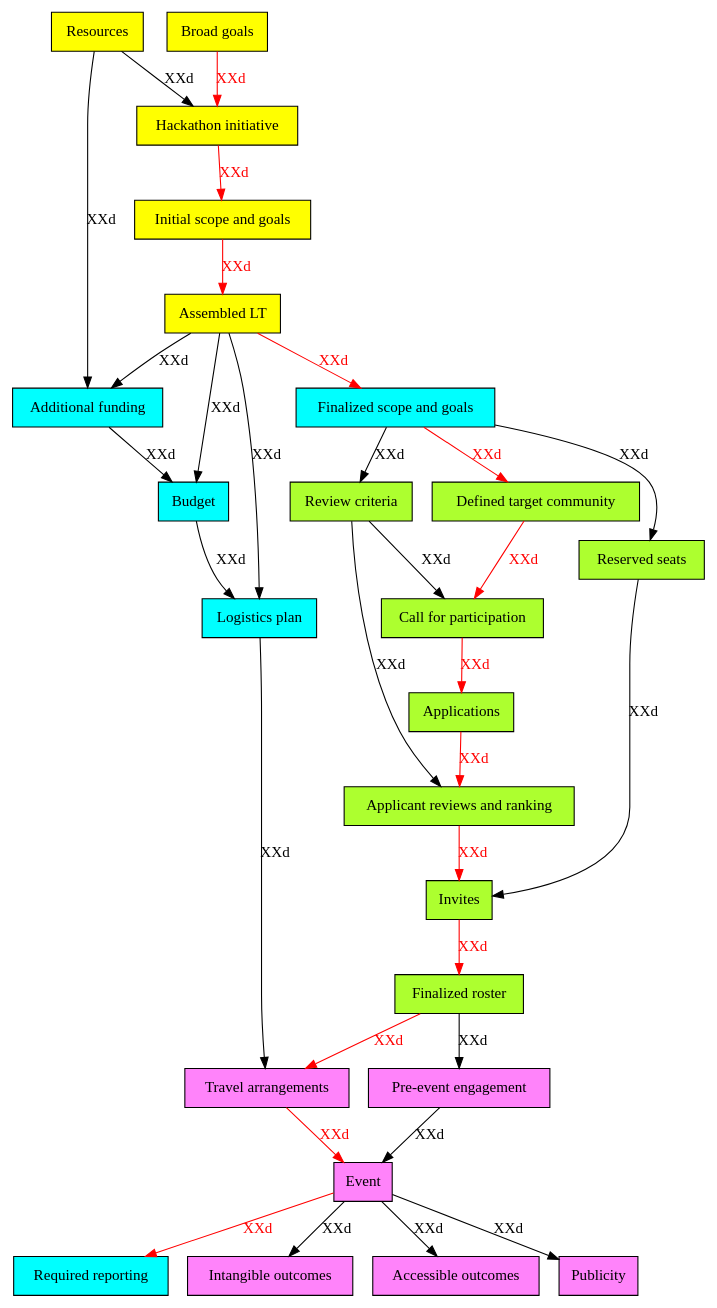
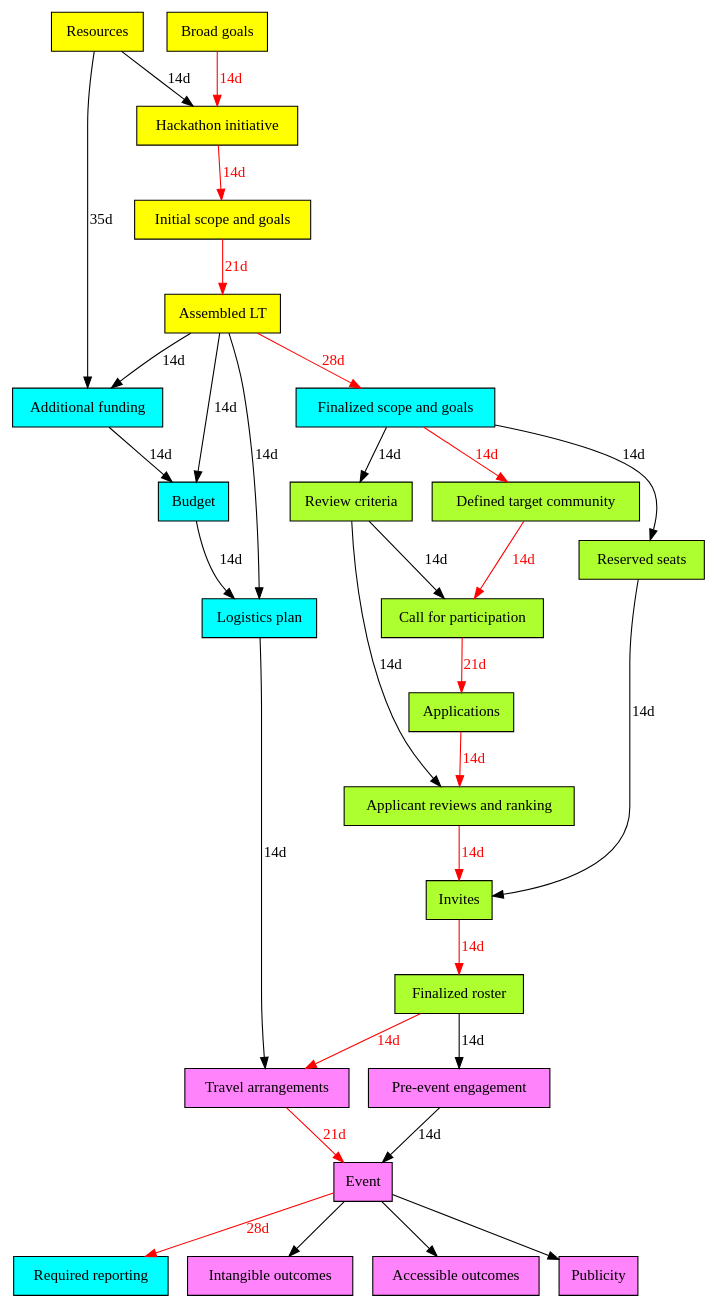
Before and after one commit to NESCent/hip_hack_howto: the diagram in pert_chart/pert_chart.dot, drawn with Graphviz.

Commit message:
added initial time estimates

```diff
--- a/pert_chart/pert_chart.dot
+++ b/pert_chart/pert_chart.dot
@@ -1,103 +1,125 @@
 digraph pert {
+	/* This is a Program Evaluation and Review Technique (PERT chart: 
+	http://en.wikipedia.org/wiki/Program_evaluation_and_review_technique) encoded in the
+	"dot" graph drawing language. The graph can be visualized in a number of different 
+	programs, the default being GraphViz (http://www.graphviz.org/). Feel free to edit
+	this file at will. As a TO DO item it might be useful to visualize identify sets of
+	tasks and milestones that can be accomplished in parallel by team members between
+	conference calls to get an idea of the number of synchronized interactions and 
+	plenary decision points that are required.		
+	*/
+
 	node [ shape = box, style = filled, fontname = "Verdana" ];
 	edge [ fontname = "Verdana" ];
 	
 	/* The following nodes are assumed to be the responsibility
 	of the "instigators", i.e. the core team that precedes, and
 	results in, a leadership team */
 	subgraph instigators {
 		node [fillcolor = yellow];
 	
 		"Broad goals"; // e.g. the goals of a research project that provides core funding
 		"Resources"; // e.g. funding from a project under whose aegis the event is held
 		"Hackathon initiative"; // the decision taken by instigators to organize a hackathon
 		"Initial scope and goals"; // the scope and goals as perceived by the instigators
 		"Assembled LT"; // a more or less finalized Leadership Team to organize the hackathon
 	}
 	
 	/* The following nodes are assumed to be the responsibility
 	of the leadership team */
 	subgraph leadership_team {
 		node [fillcolor = cyan];
 	
 		"Finalized scope and goals"; // the overarching scope and goals as perceived by the LT
 		"Additional funding"; // any additionally acquired funding
 		"Budget"; // the budget for the hackathon, potentially covering travel, catering, accommodation and venue
 		"Logistics plan"; // planning for location, date, venue, travel, catering, accommodation
 		"Required reporting"; // any reporting that is required by the funders
 	}
 	
 	/* The following nodes are concerned with the recruitment 
 	process. These are actually also the responsibility of the LT,
 	but for the team being they are marked up differently */
 	subgraph recruitment {
 		node [fillcolor = greenyellow];
 
 		"Reserved seats"; // a list of domain experts the LT want to invite
 		"Defined target community"; // a list of potential participant types
 		"Review criteria"; // set of criteria by which applicants are reviewed and ranked
 		"Call for participation"; // a widely circulated invitation to apply for participation
 		"Applications"; // a set of completed applications, e.g. forms / email responses
 		"Applicant reviews and ranking"; // reviews and ensuing ranking of applicants
 		"Invites"; // invitations to domain experts and positively reviewed applicants
 		"Finalized roster"; // the final list of participants
 	}
 	
 	/* The following nodes are the responsibility of all involved:
 	the LT and the participants */
 	subgraph everyone {
 		node [fillcolor = orchid1];
 	
 		"Pre-event engagement"; // online interactions to refine scope and goals and expectation management
 		"Travel arrangements"; // participant travel and accommodation 
 		"Event"; // the hackathon itself
 		"Intangible outcomes"; // e.g. strengthened community, knowledge transfer
 		"Accessible outcomes"; // e.g. publications, proposals, code
 		"Publicity"; // e.g. social media, newsletters, hackathon proceedings
 	}
 	
+	/* Edges are all annotated with	a naive estimate of the number of days it would
+	take to accomplish the target milestone given the successful completion of the source
+	milestone(s). Most milestones are assumed to be accomplished by an experienced
+	leadership team with past experiences and artefacts to draw from. The turnaround time
+	between many of these milestones is therefore now penciled in as two weeks (e.g. the
+	time between conference calls). Tasks that include interactions with others, such
+	as funders, inexperienced participants, travel agents and so on are assumed to take
+	longer.
+	*/	
+	
 	/* The following edges are assumed to constitute the "critical 
 	path". As a TODO item, a specification of the time needed to achieve
 	each milestone in this graph would allow us to compute the actual
 	critical path and validate the following, subjective, assignments
 	to the critical path */
 	edge [color = red fontcolor = red];
 	
-	"Broad goals" -> "Hackathon initiative" [ label = "XXd" ];
-	"Hackathon initiative" -> "Initial scope and goals" [ label = "XXd" ];
-	"Initial scope and goals" -> "Assembled LT" [ label = "XXd" ];
-	"Assembled LT" -> "Finalized scope and goals" [ label = "XXd" ];
-	"Finalized scope and goals" -> "Defined target community" [ label = "XXd" ];
-	"Defined target community" -> "Call for participation" [ label = "XXd" ];
-	"Call for participation" -> "Applications" [ label = "XXd" ];
-	"Applications" -> "Applicant reviews and ranking" [ label = "XXd" ];
-	"Applicant reviews and ranking" -> "Invites" [ label = "XXd" ];
-	"Invites" -> "Finalized roster" [ label = "XXd" ];
-	"Finalized roster" -> "Travel arrangements" [ label = "XXd" ];
-	"Travel arrangements" -> "Event" [ label = "XXd" ];
-	"Event" -> "Required reporting" [ label = "XXd" ];
+	"Broad goals" -> "Hackathon initiative" [ label = "14d" ];
+	"Hackathon initiative" -> "Initial scope and goals" [ label = "14d" ];
+	"Initial scope and goals" -> "Assembled LT" [ label = "21d" ]; // multiple responses
+	"Assembled LT" -> "Finalized scope and goals" [ label = "28d" ]; // iterative debate
+	"Finalized scope and goals" -> "Defined target community" [ label = "14d" ];
+	"Defined target community" -> "Call for participation" [ label = "14d" ];
+	"Call for participation" -> "Applications" [ label = "21d" ]; // multiple responses
+	"Applications" -> "Applicant reviews and ranking" [ label = "14d" ];
+	"Applicant reviews and ranking" -> "Invites" [ label = "14d" ];
+	"Invites" -> "Finalized roster" [ label = "14d" ];
+	"Finalized roster" -> "Travel arrangements" [ label = "14d" ];
+	"Travel arrangements" -> "Event" [ label = "21d" ]; // communicate with travel agents
+	"Event" -> "Required reporting" [ label = "28d" ]; // probably less time sensitive
 	
 	/* These edges do not belong to the critical path. This doesn't mean
 	they're somehow less important, just that they don't participate in the
 	longest dependency chain. */
 	edge [color = black fontcolor = black];
 	
-	"Resources" -> "Hackathon initiative" [ label = "XXd" ];
-	"Resources" -> "Additional funding" [ label = "XXd" ];
-	"Additional funding" -> "Budget" [ label = "XXd" ];
-	"Budget" -> "Logistics plan" [ label = "XXd" ];
-	"Logistics plan" -> "Travel arrangements" [ label = "XXd" ];
-	"Finalized scope and goals" -> "Reserved seats" [ label = "XXd" ];
-	"Finalized scope and goals" -> "Review criteria" [ label = "XXd" ];
-	"Review criteria" -> "Applicant reviews and ranking" [ label = "XXd" ];	
-	"Review criteria" -> "Call for participation" [ label = "XXd" ];
-	"Reserved seats" -> "Invites" [ label = "XXd" ];
-	"Finalized roster" -> "Pre-event engagement" [ label = "XXd" ];
-	"Pre-event engagement" -> "Event" [ label = "XXd" ];
-	"Event" -> "Intangible outcomes" [ label = "XXd" ];
-	"Event" -> "Accessible outcomes" [ label = "XXd" ];
-	"Event" -> "Publicity" [ label = "XXd" ];
-	"Assembled LT" -> "Additional funding" [ label = "XXd" ];
-	"Assembled LT" -> "Budget" [ label = "XXd" ];
-	"Assembled LT" -> "Logistics plan" [ label = "XXd" ];
+	"Resources" -> "Hackathon initiative" [ label = "14d" ];
+	"Resources" -> "Additional funding" [ label = "35d" ];
+	"Additional funding" -> "Budget" [ label = "14d" ];
+	"Budget" -> "Logistics plan" [ label = "14d" ];
+	"Logistics plan" -> "Travel arrangements" [ label = "14d" ];
+	"Finalized scope and goals" -> "Reserved seats" [ label = "14d" ];
+	"Finalized scope and goals" -> "Review criteria" [ label = "14d" ];
+	"Review criteria" -> "Applicant reviews and ranking" [ label = "14d" ];	
+	"Review criteria" -> "Call for participation" [ label = "14d" ];
+	"Reserved seats" -> "Invites" [ label = "14d" ];
+	"Finalized roster" -> "Pre-event engagement" [ label = "14d" ];
+	"Pre-event engagement" -> "Event" [ label = "14d" ];
+	"Assembled LT" -> "Additional funding" [ label = "14d" ];
+	"Assembled LT" -> "Budget" [ label = "14d" ];
+	"Assembled LT" -> "Logistics plan" [ label = "14d" ];
+	
+	// no real deadline on the below. 
+	"Event" -> "Intangible outcomes";
+	"Event" -> "Accessible outcomes";
+	"Event" -> "Publicity";	
 }
```
